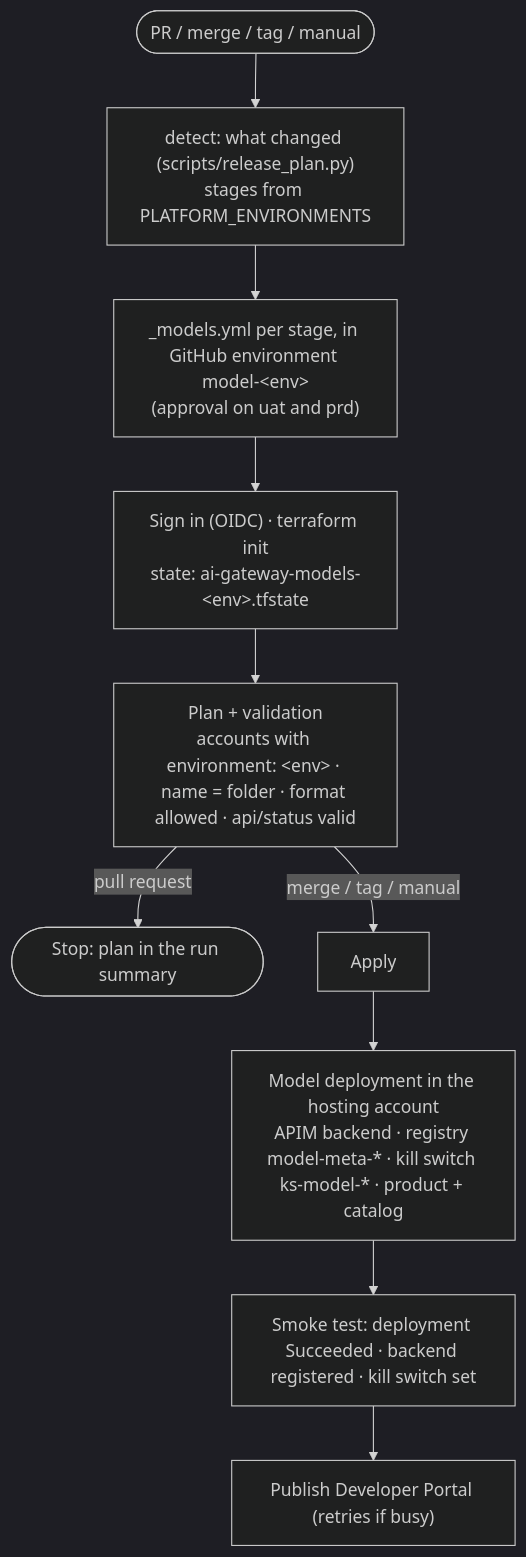
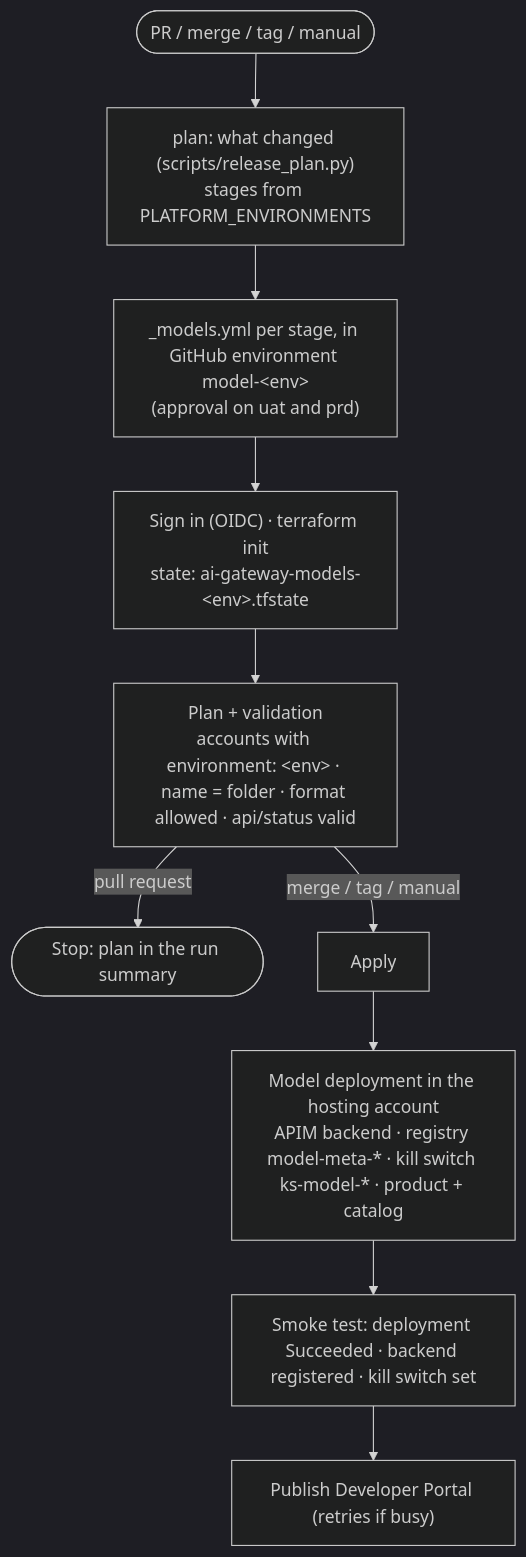
One commit to DeepuMM/ai-gateway changed the second of 2 diagrams in gateway/README.md. Above: the diagram before and after it, drawn with Mermaid (dark theme). The commit also changed 1 other file, not shown here.

Commit message:
Docs: ci (not agent-ci); plan job in the models diagram

````diff
--- a/gateway/README.md
+++ b/gateway/README.md
@@ -74,12 +74,12 @@
 ```mermaid
 flowchart TD
-  T([PR / merge / tag / manual]) --> D["detect: what changed (scripts/release_plan.py)<br/>stages from PLATFORM_ENVIRONMENTS"]
+  T([PR / merge / tag / manual]) --> D["plan: what changed (scripts/release_plan.py)<br/>stages from PLATFORM_ENVIRONMENTS"]
   D --> L["_models.yml per stage, in GitHub environment model-&lt;env&gt;<br/>(approval on uat and prd)"]
   L --> I["Sign in (OIDC) · terraform init<br/>state: ai-gateway-models-&lt;env&gt;.tfstate"]
   I --> P["Plan + validation<br/>accounts with environment: &lt;env&gt; · name = folder · format allowed · api/status valid"]
   P -->|pull request| S1([Stop: plan in the run summary])
   P -->|merge / tag / manual| A1["Apply"]
   A1 --> R1["Model deployment in the hosting account<br/>APIM backend · registry model-meta-* · kill switch ks-model-* · product + catalog"]
   R1 --> SM["Smoke test: deployment Succeeded · backend registered · kill switch set"]
   SM --> PP["Publish Developer Portal (retries if busy)"]
 ```
````
